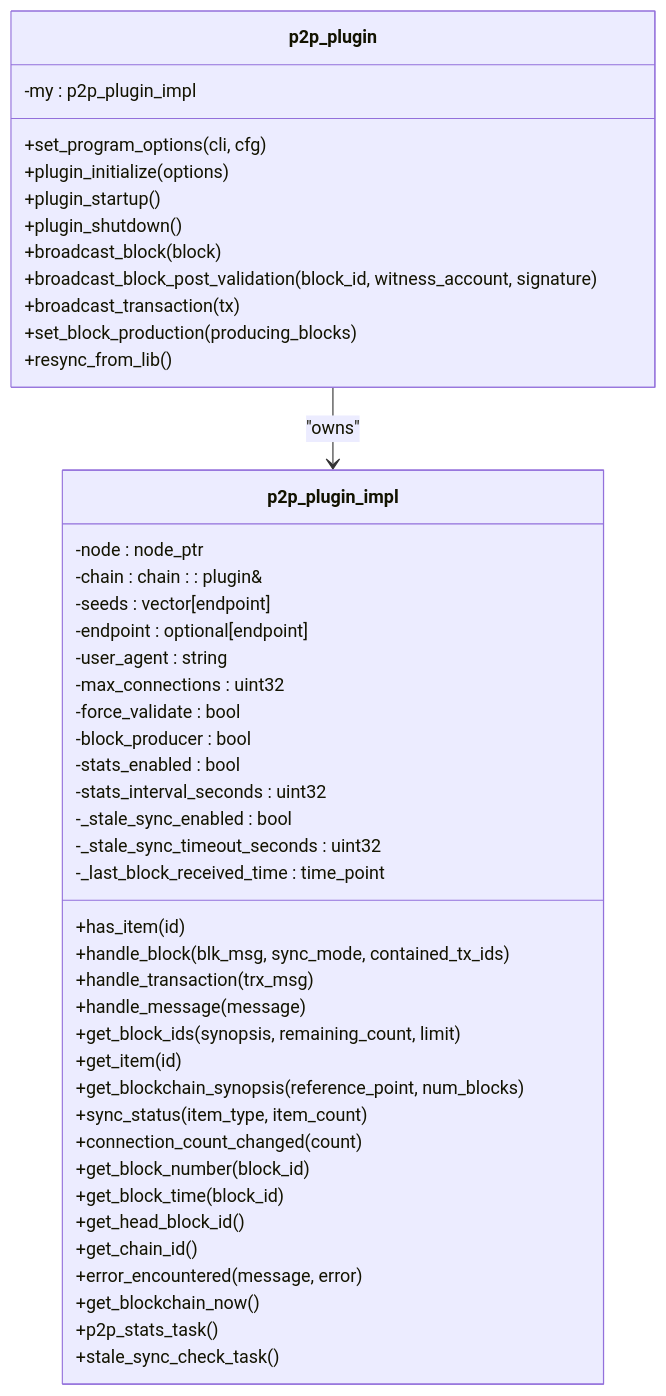
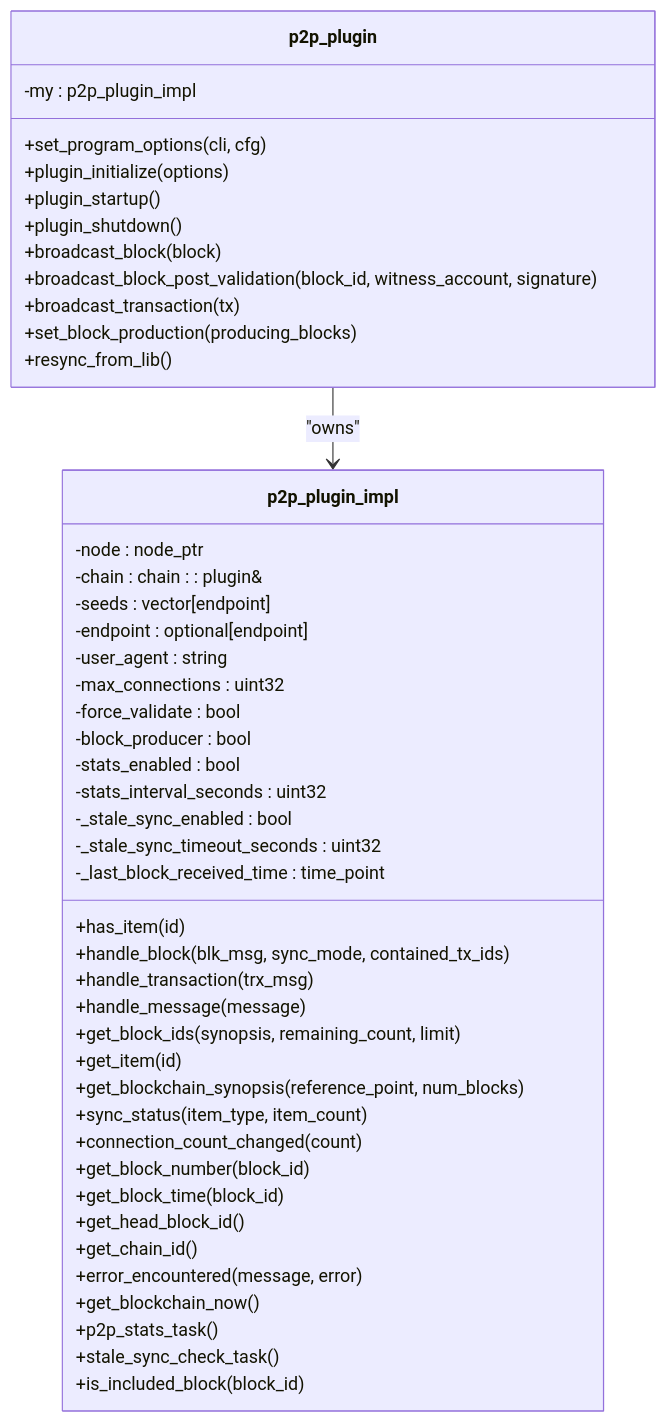
One commit to VIZ-Blockchain/viz-cpp-node changed the second of 25 diagrams in .qoder/repowiki/en/content/P2p Plugin.md. Above: the diagram before and after it, drawn with Mermaid. The commit also changed other lines of this file and 4 other files, not shown here.

````diff
--- a/.qoder/repowiki/en/content/P2p Plugin.md
+++ b/.qoder/repowiki/en/content/P2p Plugin.md
@@ -109,48 +124,49 @@
 ```mermaid
 classDiagram
 class p2p_plugin {
 +set_program_options(cli, cfg)
 +plugin_initialize(options)
 +plugin_startup()
 +plugin_shutdown()
 +broadcast_block(block)
 +broadcast_block_post_validation(block_id, witness_account, signature)
 +broadcast_transaction(tx)
 +set_block_production(producing_blocks)
 +resync_from_lib()
 -my : p2p_plugin_impl
 }
 class p2p_plugin_impl {
 +has_item(id)
 +handle_block(blk_msg, sync_mode, contained_tx_ids)
 +handle_transaction(trx_msg)
 +handle_message(message)
 +get_block_ids(synopsis, remaining_count, limit)
 +get_item(id)
 +get_blockchain_synopsis(reference_point, num_blocks)
 +sync_status(item_type, item_count)
 +connection_count_changed(count)
 +get_block_number(block_id)
 +get_block_time(block_id)
 +get_head_block_id()
 +get_chain_id()
 +error_encountered(message, error)
 +get_blockchain_now()
 +p2p_stats_task()
 +stale_sync_check_task()
++is_included_block(block_id)
 -node : node_ptr
 -chain : chain : : plugin&
 -seeds : vector[endpoint]
 -endpoint : optional[endpoint]
 -user_agent : string
 -max_connections : uint32
 -force_validate : bool
 -block_producer : bool
 -stats_enabled : bool
 -stats_interval_seconds : uint32
 -_stale_sync_enabled : bool
 -_stale_sync_timeout_seconds : uint32
 -_last_block_received_time : time_point
 }
 p2p_plugin --> p2p_plugin_impl : "owns"
 ```
````
